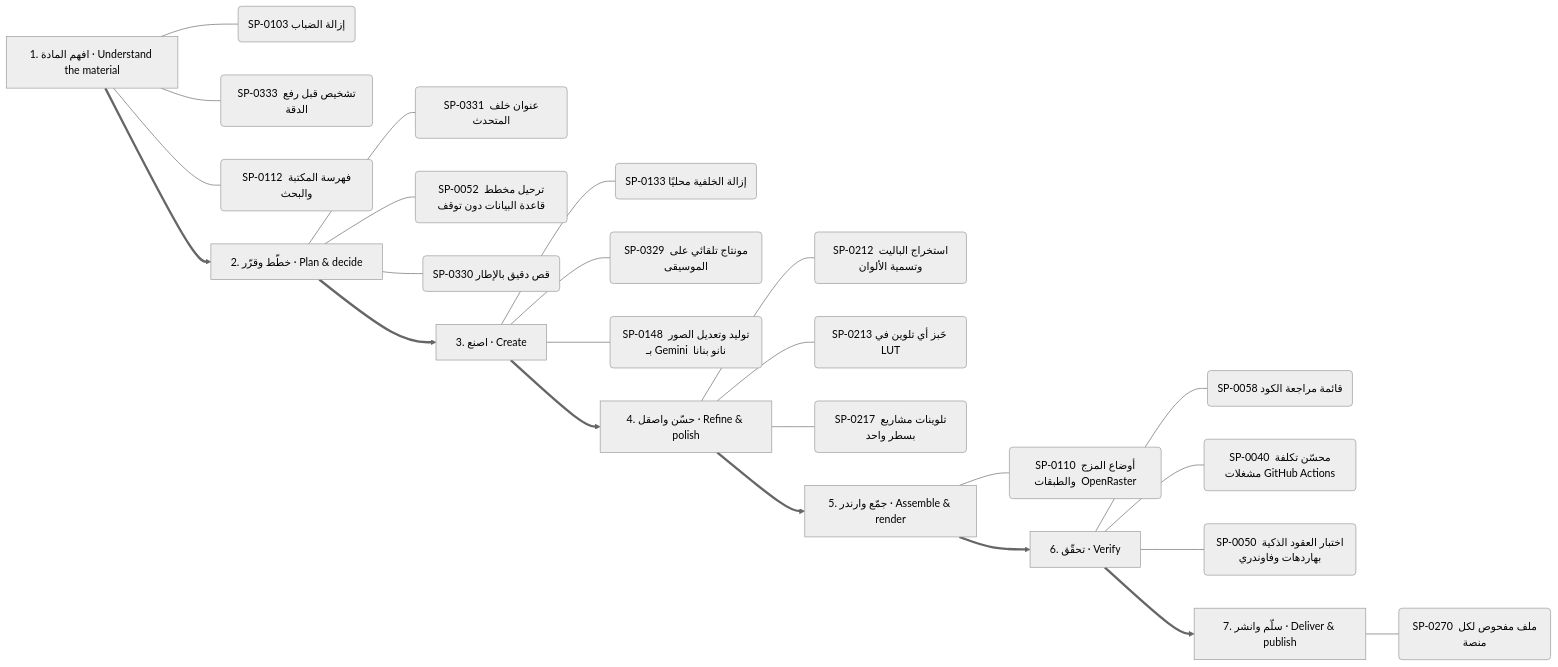
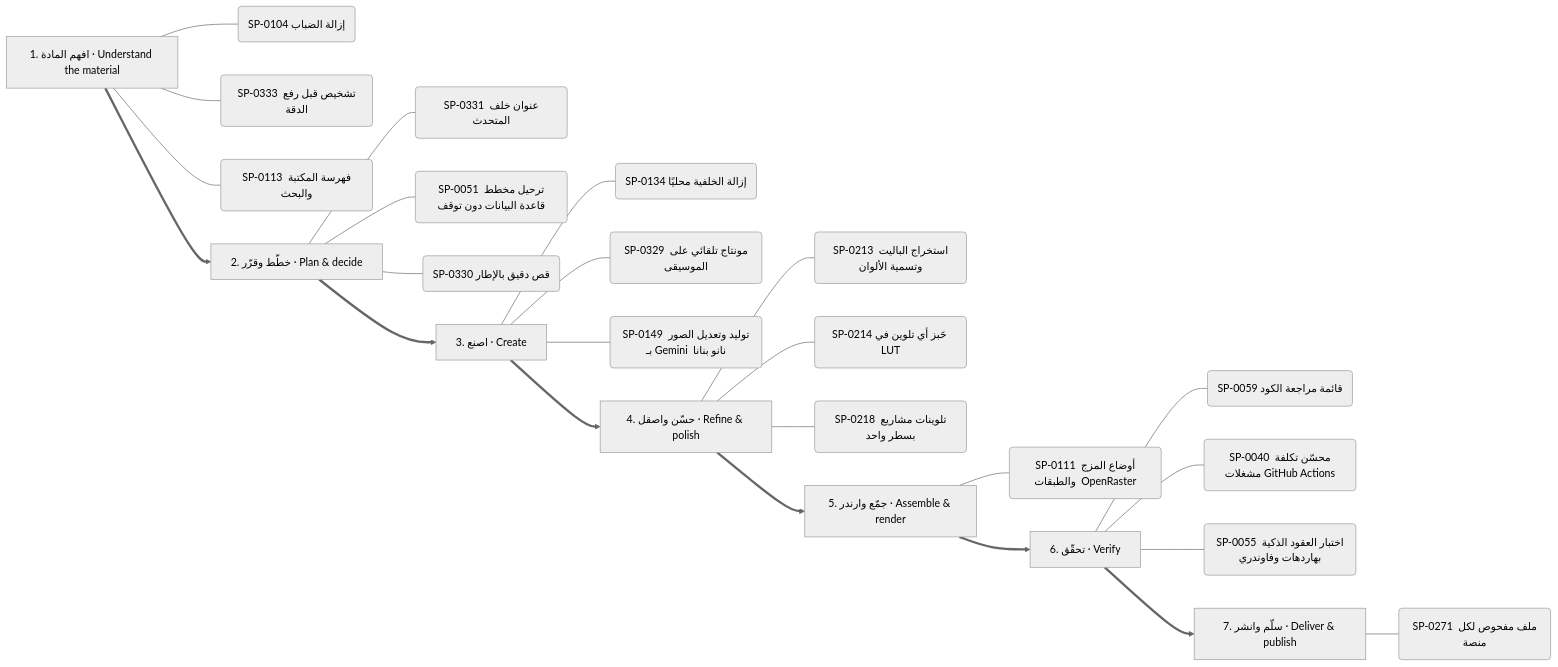
The seventh of 13 diagrams in .claude/skills/kosif-superpowers/references/capability-mindmap.md (kosif199022-jpg/kosif-tool), drawn with Mermaid (neutral theme) before and after one commit. The commit also changed other lines of this file and 51 other files, not shown here.

````diff
--- a/.claude/skills/kosif-superpowers/references/capability-mindmap.md
+++ b/.claude/skills/kosif-superpowers/references/capability-mindmap.md
@@ -361,33 +361,33 @@
 ```mermaid
 flowchart LR
   S0["1. افهم المادة · Understand the material"]
-  S0 --- S0_0("SP-0103 إزالة الضباب")
+  S0 --- S0_0("SP-0104 إزالة الضباب")
   S0 --- S0_1("SP-0333 تشخيص قبل رفع الدقة")
-  S0 --- S0_2("SP-0112 فهرسة المكتبة والبحث")
+  S0 --- S0_2("SP-0113 فهرسة المكتبة والبحث")
   S1["2. خطّط وقرّر · Plan & decide"]
   S1 --- S1_0("SP-0331 عنوان خلف المتحدث")
-  S1 --- S1_1("SP-0052 ترحيل مخطط قاعدة البيانات دون توقف")
+  S1 --- S1_1("SP-0051 ترحيل مخطط قاعدة البيانات دون توقف")
   S1 --- S1_2("SP-0330 قص دقيق بالإطار")
   S0 ==> S1
   S2["3. اصنع · Create"]
-  S2 --- S2_0("SP-0133 إزالة الخلفية محليًا")
+  S2 --- S2_0("SP-0134 إزالة الخلفية محليًا")
   S2 --- S2_1("SP-0329 مونتاج تلقائي على الموسيقى")
-  S2 --- S2_2("SP-0148 توليد وتعديل الصور بـ Gemini  نانو بنانا ")
+  S2 --- S2_2("SP-0149 توليد وتعديل الصور بـ Gemini  نانو بنانا ")
   S1 ==> S2
   S3["4. حسّن واصقل · Refine & polish"]
-  S3 --- S3_0("SP-0212 استخراج الباليت وتسمية الألوان")
-  S3 --- S3_1("SP-0213 خَبز أي تلوين في LUT")
-  S3 --- S3_2("SP-0217 تلوينات مشاريع بسطر واحد")
+  S3 --- S3_0("SP-0213 استخراج الباليت وتسمية الألوان")
+  S3 --- S3_1("SP-0214 خَبز أي تلوين في LUT")
+  S3 --- S3_2("SP-0218 تلوينات مشاريع بسطر واحد")
   S2 ==> S3
   S4["5. جمّع وارندر · Assemble & render"]
-  S4 --- S4_0("SP-0110 أوضاع المزج والطبقات  OpenRaster ")
+  S4 --- S4_0("SP-0111 أوضاع المزج والطبقات  OpenRaster ")
   S3 ==> S4
   S5["6. تحقّق · Verify"]
-  S5 --- S5_0("SP-0058 قائمة مراجعة الكود")
+  S5 --- S5_0("SP-0059 قائمة مراجعة الكود")
   S5 --- S5_1("SP-0040 محسّن تكلفة مشغلات GitHub Actions")
-  S5 --- S5_2("SP-0050 اختبار العقود الذكية بهاردهات وفاوندري")
+  S5 --- S5_2("SP-0055 اختبار العقود الذكية بهاردهات وفاوندري")
   S4 ==> S5
   S6["7. سلّم وانشر · Deliver & publish"]
-  S6 --- S6_0("SP-0270 ملف مفحوص لكل منصة")
+  S6 --- S6_0("SP-0271 ملف مفحوص لكل منصة")
   S5 ==> S6
 ```
````
